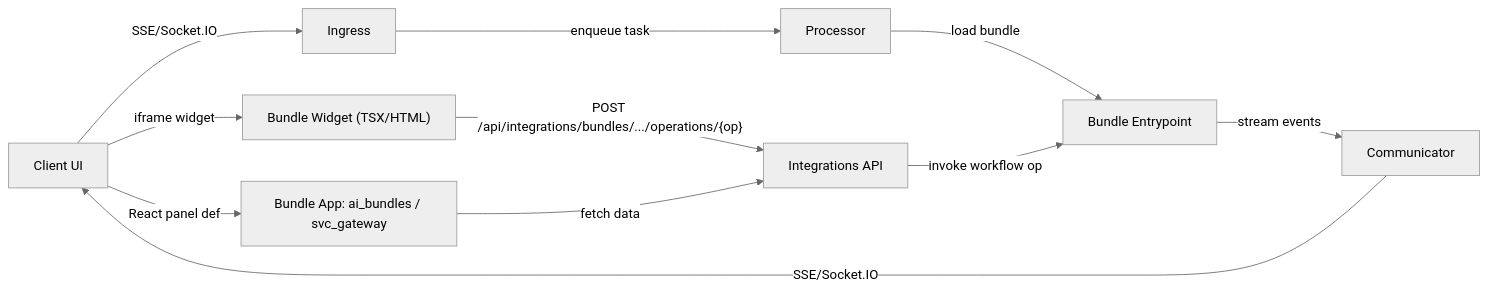
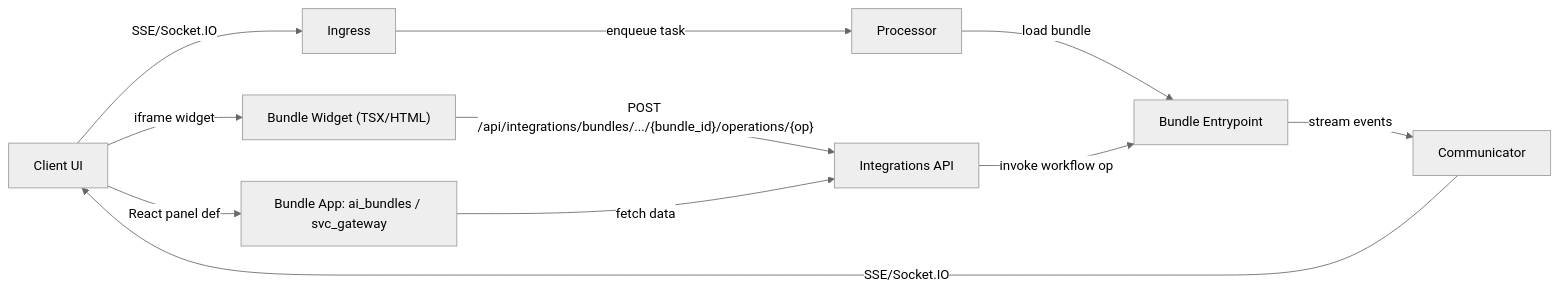
Before and after one commit to kdcube/kdcube-ai-app: the first of 2 diagrams in app/ai-app/docs/sdk/bundle/bundle-interfaces-README.md, drawn with Mermaid (neutral theme). The commit also changed other lines of this file and 14 other files, not shown here.

Commit message:
Restore bundle operations compatibility and explicit bundle UI routes

````diff
--- a/app/ai-app/docs/sdk/bundle/bundle-interfaces-README.md
+++ b/app/ai-app/docs/sdk/bundle/bundle-interfaces-README.md
@@ -23,15 +23,15 @@
 ```mermaid
 graph LR
   UI[Client UI] -->|SSE/Socket.IO| ING[Ingress]
   ING -->|enqueue task| PROC[Processor]
   PROC -->|load bundle| BUNDLE[Bundle Entrypoint]
   BUNDLE -->|stream events| COMM[Communicator]
   COMM -->|SSE/Socket.IO| UI
 
   UI -->|"iframe widget"| WIDGET["Bundle Widget (TSX/HTML)"]
-  WIDGET -->|"POST /api/integrations/bundles/.../operations/{op}"| OPS["Integrations API"]
+  WIDGET -->|"POST /api/integrations/bundles/.../{bundle_id}/operations/{op}"| OPS["Integrations API"]
   OPS -->|invoke workflow op| BUNDLE
 
   UI -->|React panel def| PANEL[Bundle App: ai_bundles / svc_gateway]
   PANEL -->|fetch data| OPS
 ```
````
